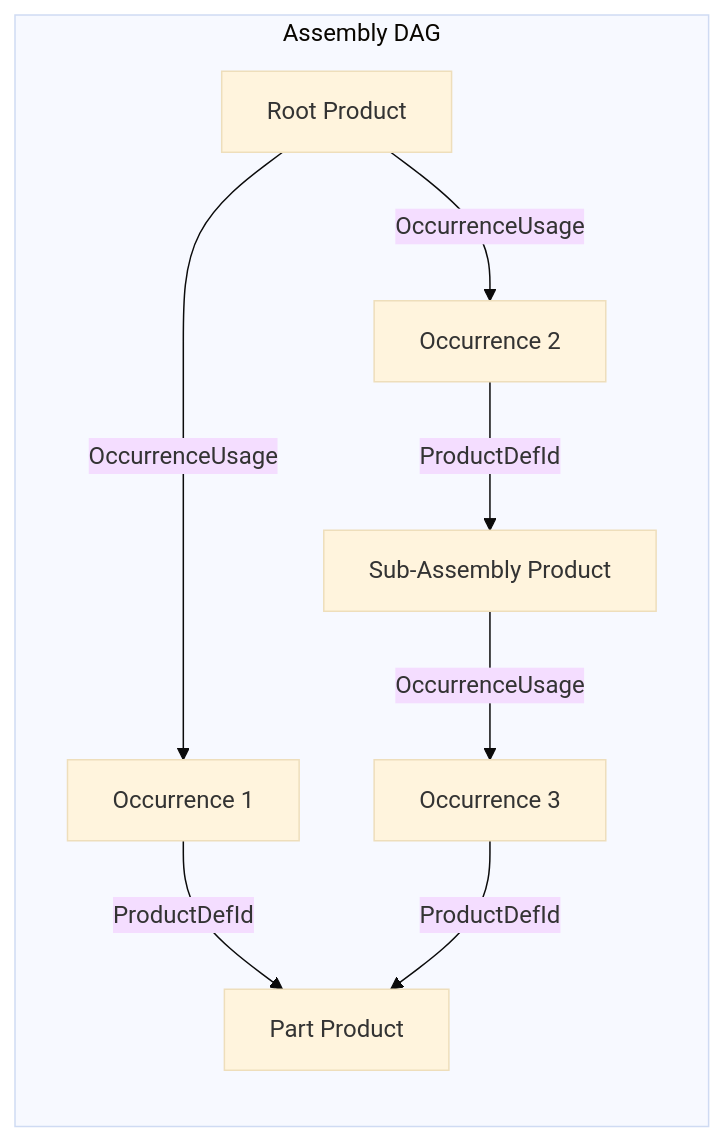
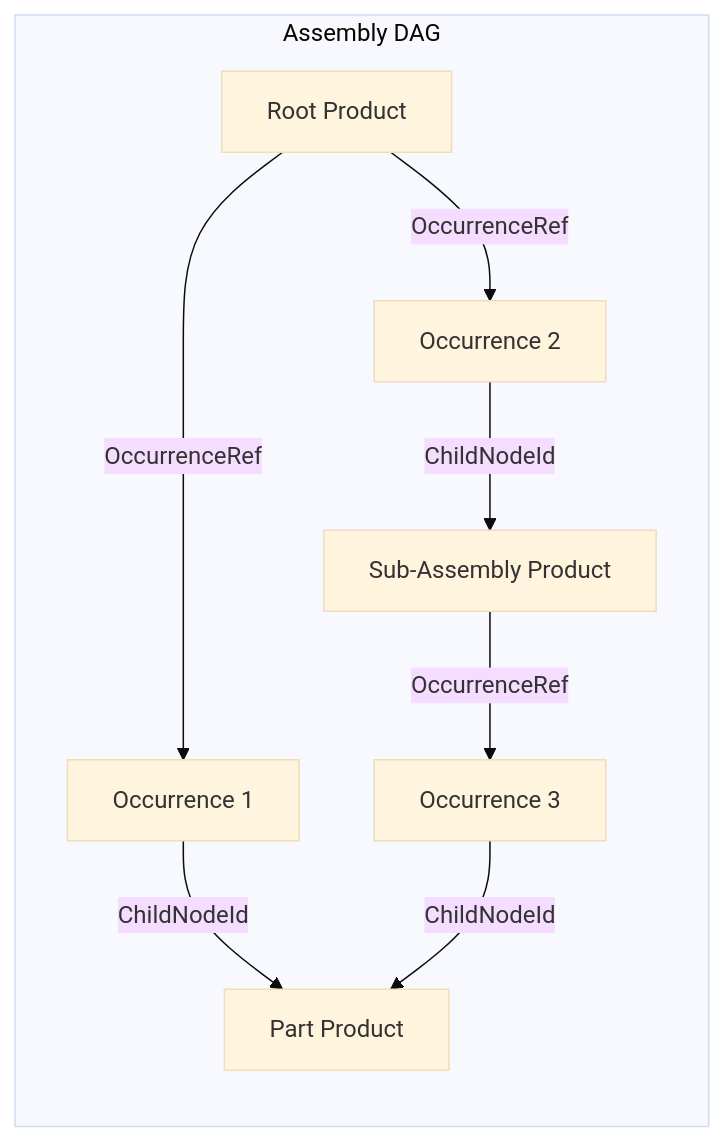
The fourth of 4 diagrams in src/ModelingData/TKBRep/BRepGraph/README.md (dpasukhi/OCCT), drawn with Mermaid (base theme) before and after one commit. The commit also changed other lines of this file and 187 other files, not shown here.

````diff
--- a/src/ModelingData/TKBRep/BRepGraph/README.md
+++ b/src/ModelingData/TKBRep/BRepGraph/README.md
@@ -208,18 +214,18 @@
 ```mermaid
 flowchart LR
   subgraph Assembly DAG
     RP[Root Product]
     P1[Part Product]
     P2[Sub-Assembly Product]
     O1[Occurrence 1]
     O2[Occurrence 2]
     O3[Occurrence 3]
   end
 
-  RP -->|OccurrenceUsage| O1
-  RP -->|OccurrenceUsage| O2
-  O1 -->|ProductDefId| P1
-  O2 -->|ProductDefId| P2
-  P2 -->|OccurrenceUsage| O3
-  O3 -->|ProductDefId| P1
+  RP -->|OccurrenceRef| O1
+  RP -->|OccurrenceRef| O2
+  O1 -->|ChildNodeId| P1
+  O2 -->|ChildNodeId| P2
+  P2 -->|OccurrenceRef| O3
+  O3 -->|ChildNodeId| P1
 ```
````
